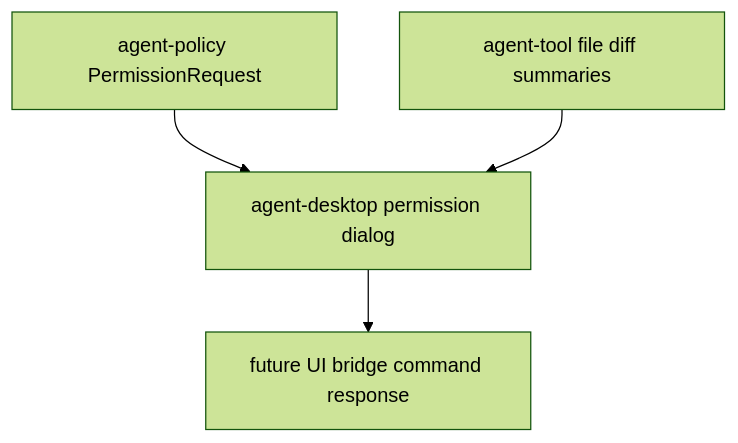
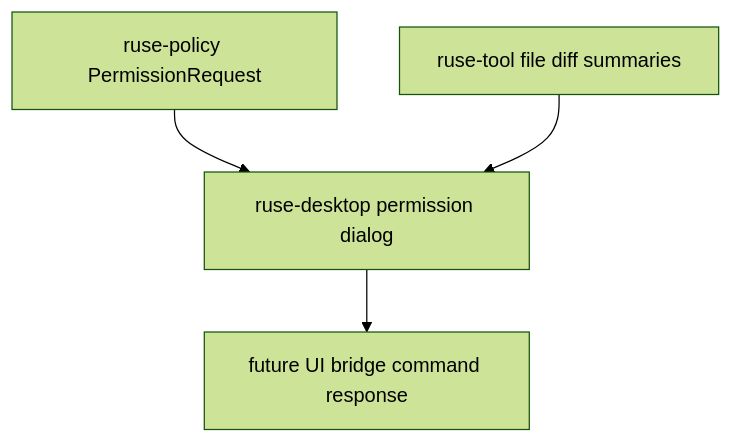
The diagram in docs/specs/M10-03-permissions-diffs.spec.md (poneding/agent), drawn with Mermaid (forest theme) before and after one commit. The commit also changed other lines of this file and 2091 other files, not shown here.

First line of the commit message:
refactor: rename agent branding to ruse

````diff
--- a/docs/specs/M10-03-permissions-diffs.spec.md
+++ b/docs/specs/M10-03-permissions-diffs.spec.md
@@ -34,6 +34,6 @@
 ```mermaid
 flowchart TD
-  policy["agent-policy PermissionRequest"] --> desktop["agent-desktop permission dialog"]
+  policy["ruse-policy PermissionRequest"] --> desktop["ruse-desktop permission dialog"]
   desktop --> bridge["future UI bridge command response"]
-  tool["agent-tool file diff summaries"] --> desktop
+  tool["ruse-tool file diff summaries"] --> desktop
 ```
````
